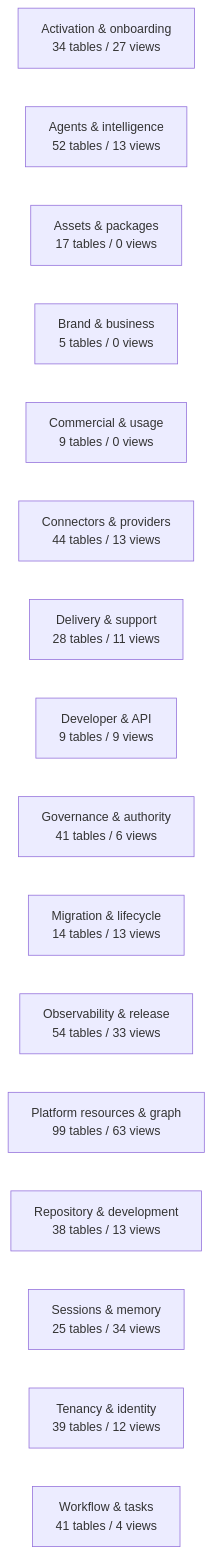
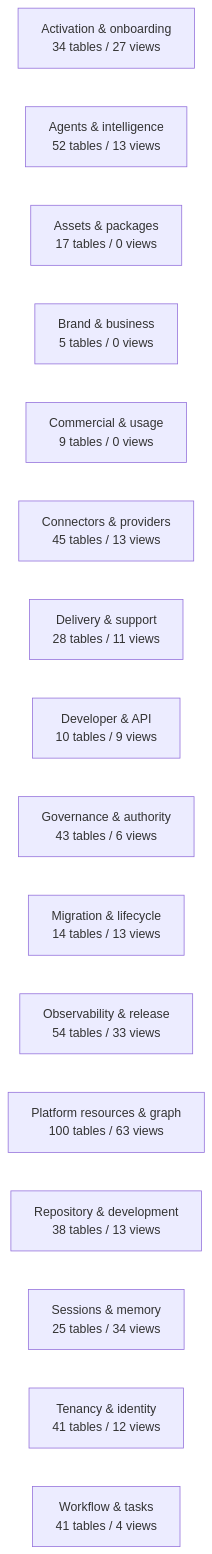
The diagram in docs/work-maps/data-model-domain-map.md (mad4bdigital-ai/multi-business-multi-role-growth-intelligence-os), drawn with Mermaid before and after one commit. The commit also changed other lines of this file and 25 other files, not shown here.

````diff
--- a/docs/work-maps/data-model-domain-map.md
+++ b/docs/work-maps/data-model-domain-map.md
@@ -9,19 +9,19 @@
 ```mermaid
 flowchart LR
   n_Activation___onboarding["Activation & onboarding<br/>34 tables / 27 views"]
   n_Agents___intelligence["Agents & intelligence<br/>52 tables / 13 views"]
   n_Assets___packages["Assets & packages<br/>17 tables / 0 views"]
   n_Brand___business["Brand & business<br/>5 tables / 0 views"]
   n_Commercial___usage["Commercial & usage<br/>9 tables / 0 views"]
-  n_Connectors___providers["Connectors & providers<br/>44 tables / 13 views"]
+  n_Connectors___providers["Connectors & providers<br/>45 tables / 13 views"]
   n_Delivery___support["Delivery & support<br/>28 tables / 11 views"]
-  n_Developer___API["Developer & API<br/>9 tables / 9 views"]
-  n_Governance___authority["Governance & authority<br/>41 tables / 6 views"]
+  n_Developer___API["Developer & API<br/>10 tables / 9 views"]
+  n_Governance___authority["Governance & authority<br/>43 tables / 6 views"]
   n_Migration___lifecycle["Migration & lifecycle<br/>14 tables / 13 views"]
   n_Observability___release["Observability & release<br/>54 tables / 33 views"]
-  n_Platform_resources___graph["Platform resources & graph<br/>99 tables / 63 views"]
+  n_Platform_resources___graph["Platform resources & graph<br/>100 tables / 63 views"]
   n_Repository___development["Repository & development<br/>38 tables / 13 views"]
   n_Sessions___memory["Sessions & memory<br/>25 tables / 34 views"]
-  n_Tenancy___identity["Tenancy & identity<br/>39 tables / 12 views"]
+  n_Tenancy___identity["Tenancy & identity<br/>41 tables / 12 views"]
   n_Workflow___tasks["Workflow & tasks<br/>41 tables / 4 views"]
 ```
````
